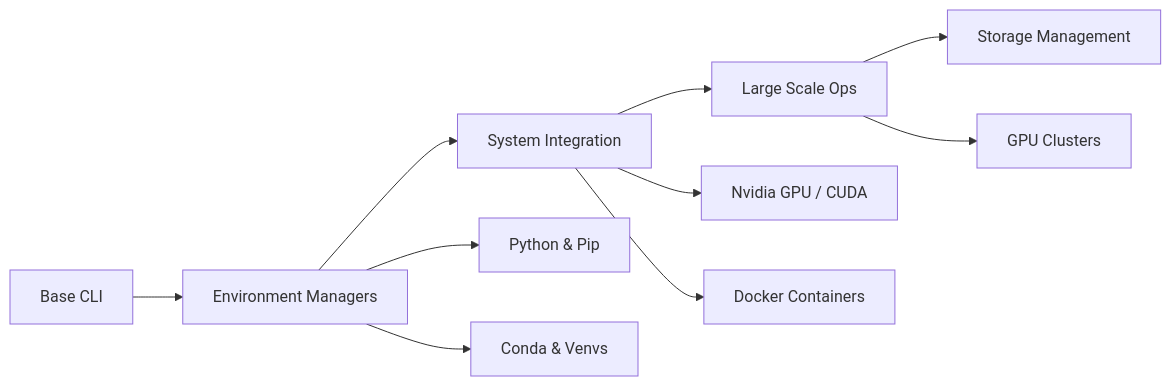
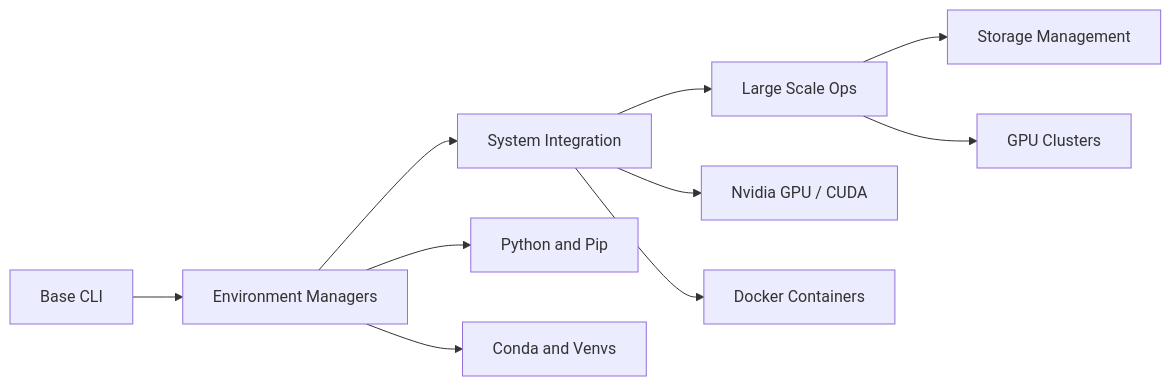
Before and after one commit to Harshajaya13/Foss-Club: the fifth of 7 diagrams in 02 - Building Your Foundation/01 - The Roadmap.md, drawn with Mermaid. The commit also changed other lines of this file and 3 other files, not shown here.

Commit message:
fix raw ampersands in Mermaid and link contributing guide prominently in README

````diff
--- a/02 - Building Your Foundation/01 - The Roadmap.md
+++ b/02 - Building Your Foundation/01 - The Roadmap.md
@@ -147,15 +147,15 @@
 ```mermaid
 graph LR
     Base["Base CLI"] --> Env["Environment Managers"]
     Env --> System["System Integration"]
     System --> Scaling["Large Scale Ops"]
     
-    Env --> Python["Python & Pip"]
-    Env --> Conda["Conda & Venvs"]
+    Env --> Python["Python and Pip"]
+    Env --> Conda["Conda and Venvs"]
     
     System --> CUDA["Nvidia GPU / CUDA"]
     System --> Docker["Docker Containers"]
     
     Scaling --> Storage["Storage Management"]
     Scaling --> Clusters["GPU Clusters"]
 ```
````
